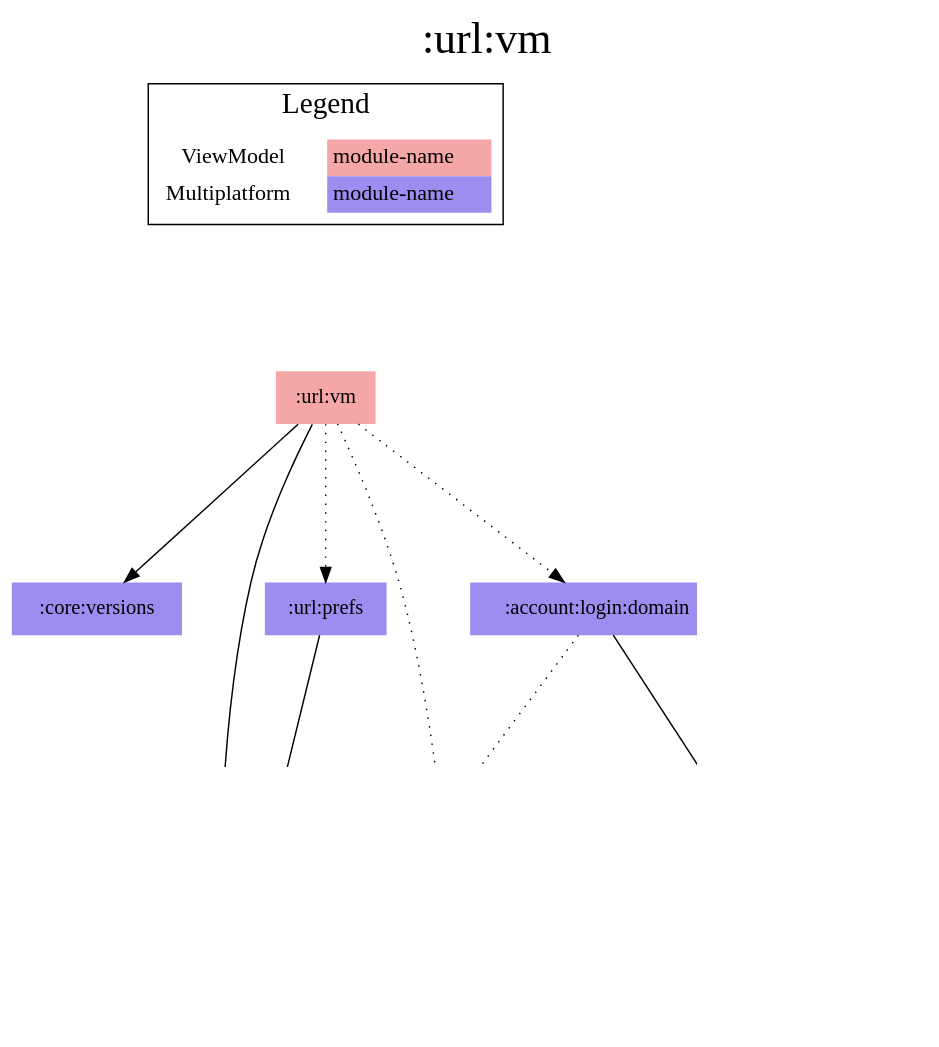
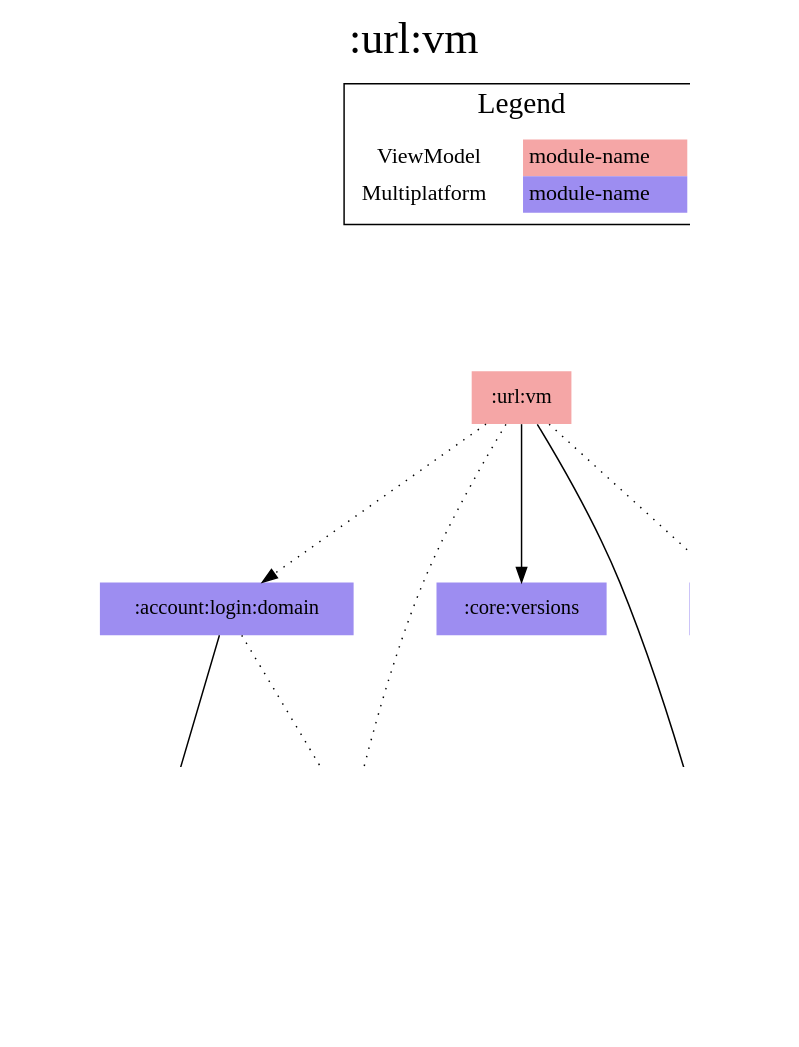
One commit to jonapoul/aktual changed the diagram in modules/url/vm/project-dependency-graph.dot. Above: the diagram before and after it, drawn with Graphviz. The commit also changed other lines of this file and 50 other files, not shown here.

Commit message:
Fix diagram sorting

```diff
--- a/modules/url/vm/project-dependency-graph.dot
+++ b/modules/url/vm/project-dependency-graph.dot
@@ -1,40 +1,40 @@
 digraph {
 edge ["dir"="forward"]
 graph ["dpi"="100","label"=":url:vm","labelloc"="t","fontsize"="30","ranksep"="1.5","rankdir"="TB"]
 node ["style"="filled"]
-":url:vm" ["fillcolor"="#F5A6A6","shape"="none"]
-":core:versions" ["fillcolor"="#9D8DF1","shape"="none"]
-":url:model" ["fillcolor"="#9D8DF1","shape"="none"]
 ":account:login:domain" ["fillcolor"="#9D8DF1","shape"="none"]
 ":account:model" ["fillcolor"="#9D8DF1","shape"="none"]
 ":api:actual" ["fillcolor"="#9D8DF1","shape"="none"]
 ":budget:model" ["fillcolor"="#9D8DF1","shape"="none"]
 ":codegen:annotation" ["fillcolor"="#9D8DF1","shape"="none"]
+":core:versions" ["fillcolor"="#9D8DF1","shape"="none"]
+":url:model" ["fillcolor"="#9D8DF1","shape"="none"]
 ":url:prefs" ["fillcolor"="#9D8DF1","shape"="none"]
+":url:vm" ["fillcolor"="#F5A6A6","shape"="none"]
 {
 edge ["dir"="none"]
 graph ["rank"="same"]
 }
 ":account:login:domain" -> ":account:model"
 ":account:login:domain" -> ":api:actual" ["style"="dotted"]
 ":api:actual" -> ":account:model"
 ":api:actual" -> ":budget:model"
 ":api:actual" -> ":codegen:annotation" ["style"="dotted"]
 ":api:actual" -> ":url:model"
 ":url:prefs" -> ":url:model"
 ":url:vm" -> ":account:login:domain" ["style"="dotted"]
 ":url:vm" -> ":api:actual" ["style"="dotted"]
 ":url:vm" -> ":core:versions"
 ":url:vm" -> ":url:model"
 ":url:vm" -> ":url:prefs" ["style"="dotted"]
 subgraph "cluster_legend" {
 edge ["dir"="none"]
 graph ["label"="Legend","fontsize"="20"]
 "Legend" ["style"="filled","fillcolor"="#FFFFFF","shape"="none","margin"="0","fontsize"="15","label"=<
 <TABLE BORDER="0" CELLBORDER="0" CELLSPACING="0" CELLPADDING="4">
 <TR><TD>ViewModel</TD><TD BGCOLOR="#F5A6A6">module-name</TD></TR>
 <TR><TD>Multiplatform</TD><TD BGCOLOR="#9D8DF1">module-name</TD></TR>
 </TABLE>
 >]
 } -> ":url:vm" ["style"="invis"]
 }
```
